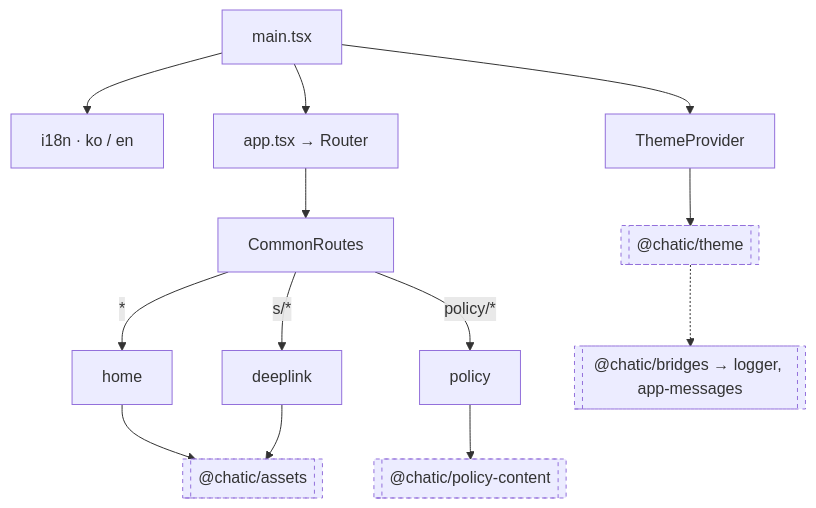
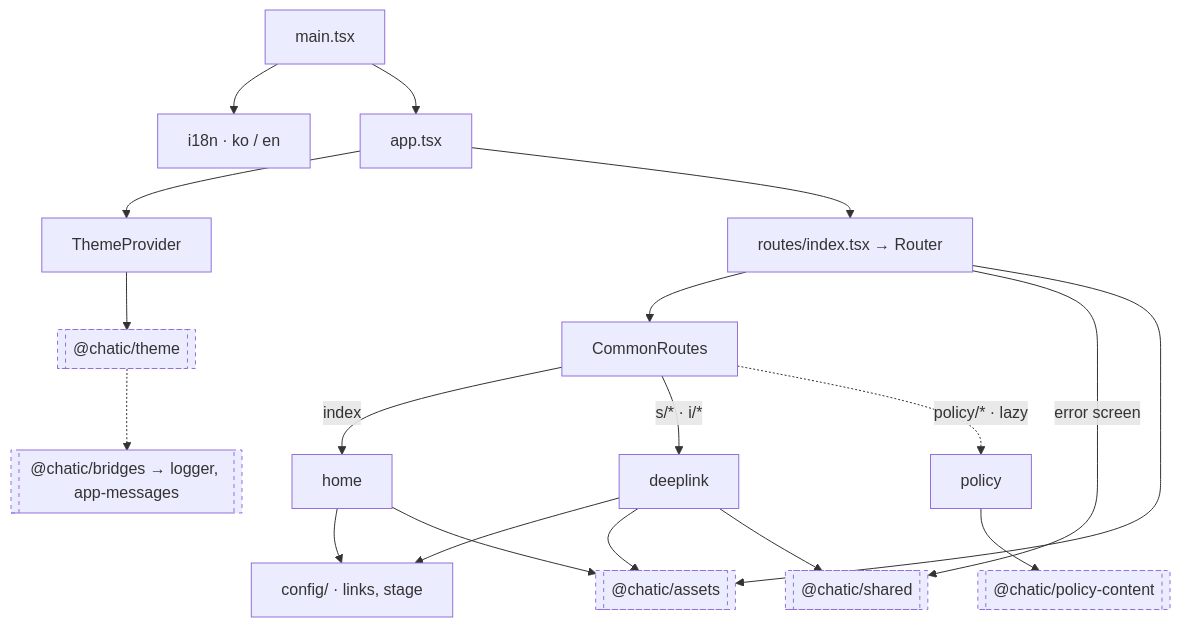
Before and after one commit to lemoncloud-io/dou-app: the diagram in apps/landing/README.md, drawn with Mermaid. The commit also changed other lines of this file and 55 other files, not shown here.

First line of the commit message:
refactor(landing): follow the web app's layering and route from ROUTES (ADR-0225)

````diff
--- a/apps/landing/README.md
+++ b/apps/landing/README.md
@@ -87,18 +88,24 @@
 ```mermaid
 flowchart TD
     main[main.tsx] --> i18n[i18n · ko / en]
-    main --> TP[ThemeProvider]
-    main --> App[app.tsx → Router]
-    App --> CR[CommonRoutes]
-    CR -->|s/*| DL[deeplink]
-    CR -->|policy/*| PO[policy]
-    CR -->|*| HO[home]
+    main --> App[app.tsx]
+    App --> TP[ThemeProvider]
+    App --> R[routes/index.tsx → Router]
+    R --> CR[CommonRoutes]
+    R -->|error screen| SH[["@chatic/shared"]]
+    R --> AS
+    CR -->|index| HO[home]
+    CR -->|s/* · i/*| DL[deeplink]
+    CR -.->|policy/* · lazy| PO[policy]
+    HO --> CFG[config/ · links, stage]
+    DL --> CFG
     PO --> PC[["@chatic/policy-content"]]
     TP --> TH[["@chatic/theme"]]
     HO --> AS[["@chatic/assets"]]
     DL --> AS
+    DL --> SH
     TH -.-> BR[["@chatic/bridges → logger, app-messages"]]
 
     classDef ext stroke-dasharray: 4 4;
-    class PC,TH,AS,BR ext;
+    class PC,TH,AS,SH,BR ext;
 ```
````
